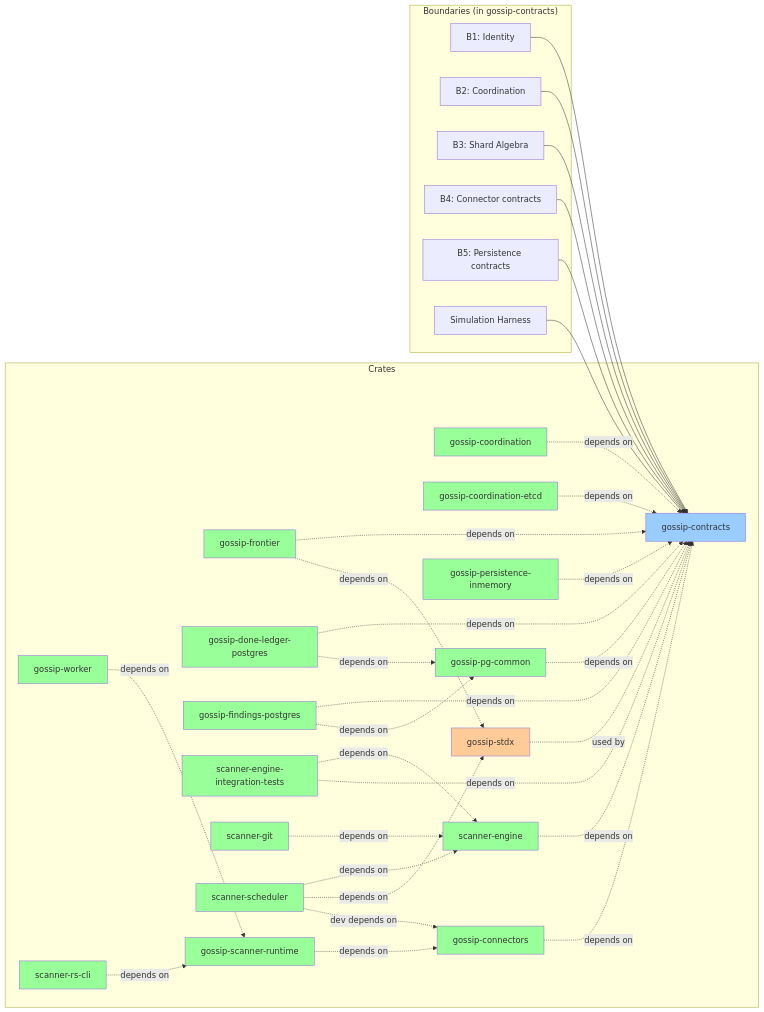
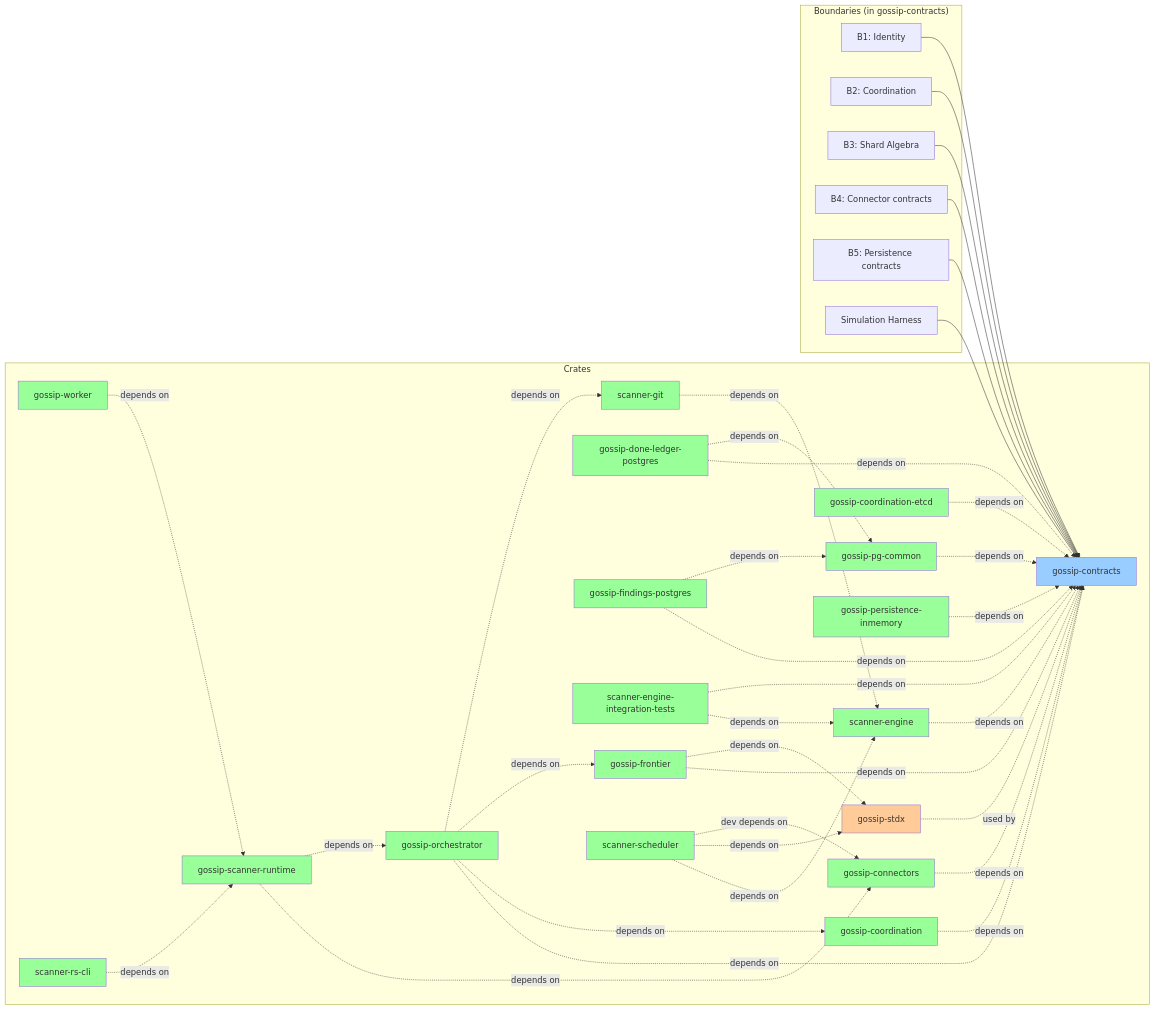
Before and after one commit to ahrav/gossip-rs-learning-guide: the third of 4 diagrams in 00-prologue/03-architecture-at-a-glance.md, drawn with Mermaid. The commit also changed other lines of this file and 5 other files, not shown here.

````diff
--- a/00-prologue/03-architecture-at-a-glance.md
+++ b/00-prologue/03-architecture-at-a-glance.md
@@ -267,6 +267,7 @@
         SEIT[scanner-engine-integration-tests]
         SG[scanner-git]
         SS[scanner-scheduler]
+        GO[gossip-orchestrator]
         GSR[gossip-scanner-runtime]
         GW[gossip-worker]
         GST[gossip-stdx]
@@ -308,6 +309,11 @@
     SS -.->|depends on| GST
     SS -.->|dev depends on| GCN
     GSR -.->|depends on| GCN
+    GSR -.->|depends on| GO
+    GO -.->|depends on| GC
+    GO -.->|depends on| GCO
+    GO -.->|depends on| GF
+    GO -.->|depends on| SG
     GW -.->|depends on| GSR
     CLI -.->|depends on| GSR
 
@@ -328,6 +334,7 @@
     style SG fill:#99ff99
     style SS fill:#99ff99
     style GSR fill:#99ff99
+    style GO fill:#99ff99
     style GW fill:#99ff99
     style CLI fill:#99ff99
 ```
````
